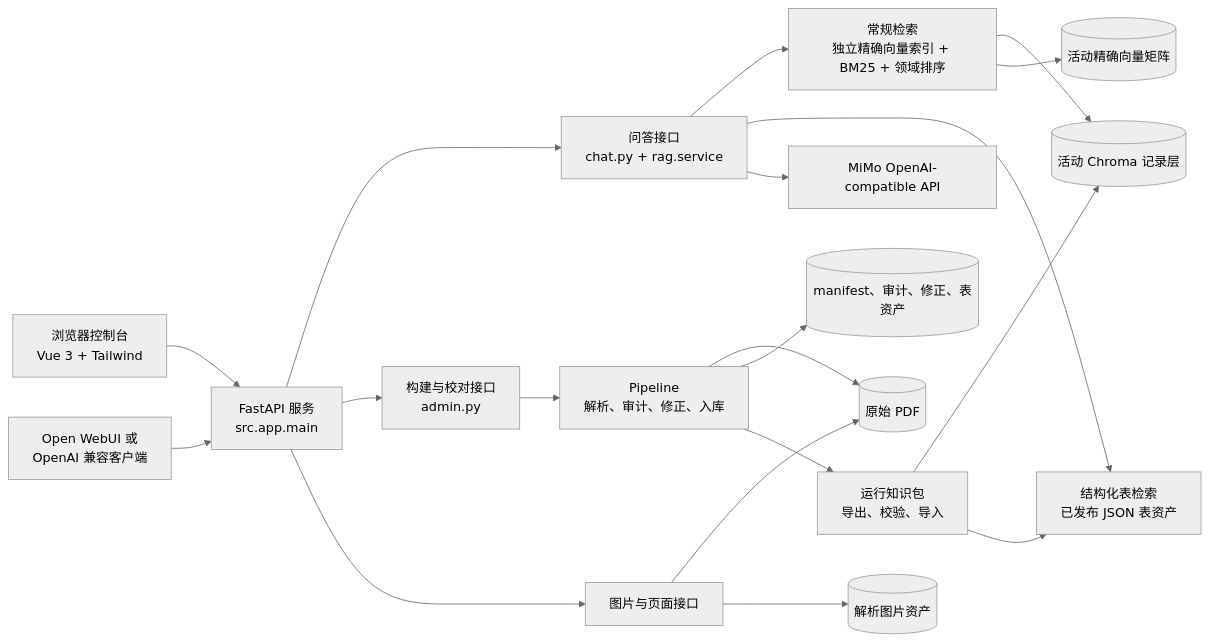
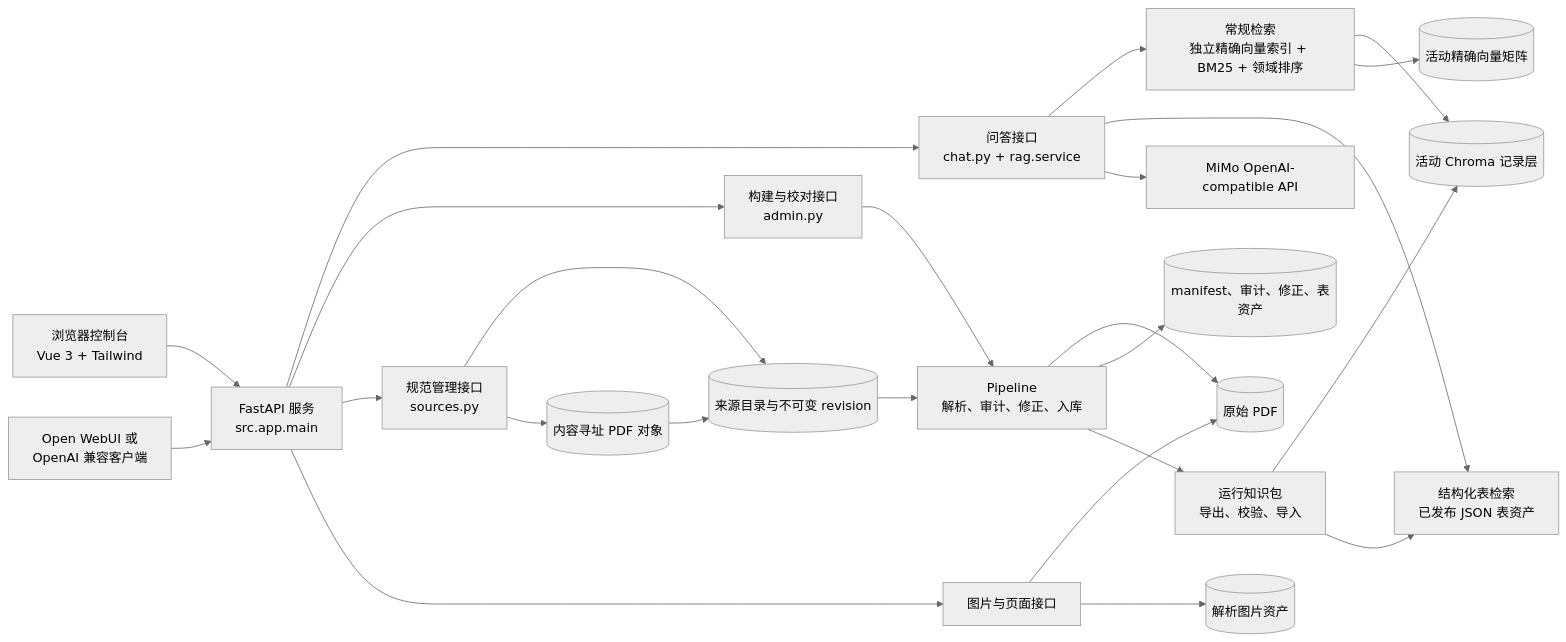
Before and after one commit to xiaochongshanww/Portfolio: the first of 8 diagrams in 结构设计规范知识库/docs/architecture/系统详细设计.md, drawn with Mermaid (neutral theme). The commit also changed other lines of this file and 43 other files, not shown here.

````diff
--- a/结构设计规范知识库/docs/architecture/系统详细设计.md
+++ b/结构设计规范知识库/docs/architecture/系统详细设计.md
@@ -21,21 +21,26 @@
 ```mermaid
 flowchart LR
     U["浏览器控制台\nVue 3 + Tailwind"] --> API["FastAPI 服务\nsrc.app.main"]
     W["Open WebUI 或\nOpenAI 兼容客户端"] --> API
     API --> CHAT["问答接口\nchat.py + rag.service"]
     API --> ADMIN["构建与校对接口\nadmin.py"]
+    API --> SOURCE["规范管理接口\nsources.py"]
     CHAT --> RET["常规检索\n独立精确向量索引 + BM25 + 领域排序"]
     CHAT --> ST["结构化表检索\n已发布 JSON 表资产"]
     CHAT --> LLM["MiMo OpenAI-compatible API"]
     RET --> CHROMA[("活动 Chroma 记录层")]
     RET --> DENSE[("活动精确向量矩阵")]
     ADMIN --> PIPE["Pipeline\n解析、审计、修正、入库"]
+    SOURCE --> CATALOG[("来源目录与不可变 revision")]
+    SOURCE --> OBJECTS[("内容寻址 PDF 对象")]
+    CATALOG --> PIPE
+    OBJECTS --> CATALOG
     PIPE --> RAW[("原始 PDF")]
     PIPE --> DATA[("manifest、审计、修正、表资产")]
     PIPE --> PKG["运行知识包\n导出、校验、导入"]
     PKG --> CHROMA
     PKG --> ST
     API --> IMAGE["图片与页面接口"]
     IMAGE --> RAW
     IMAGE --> ASSET[("解析图片资产")]
 ```
````
